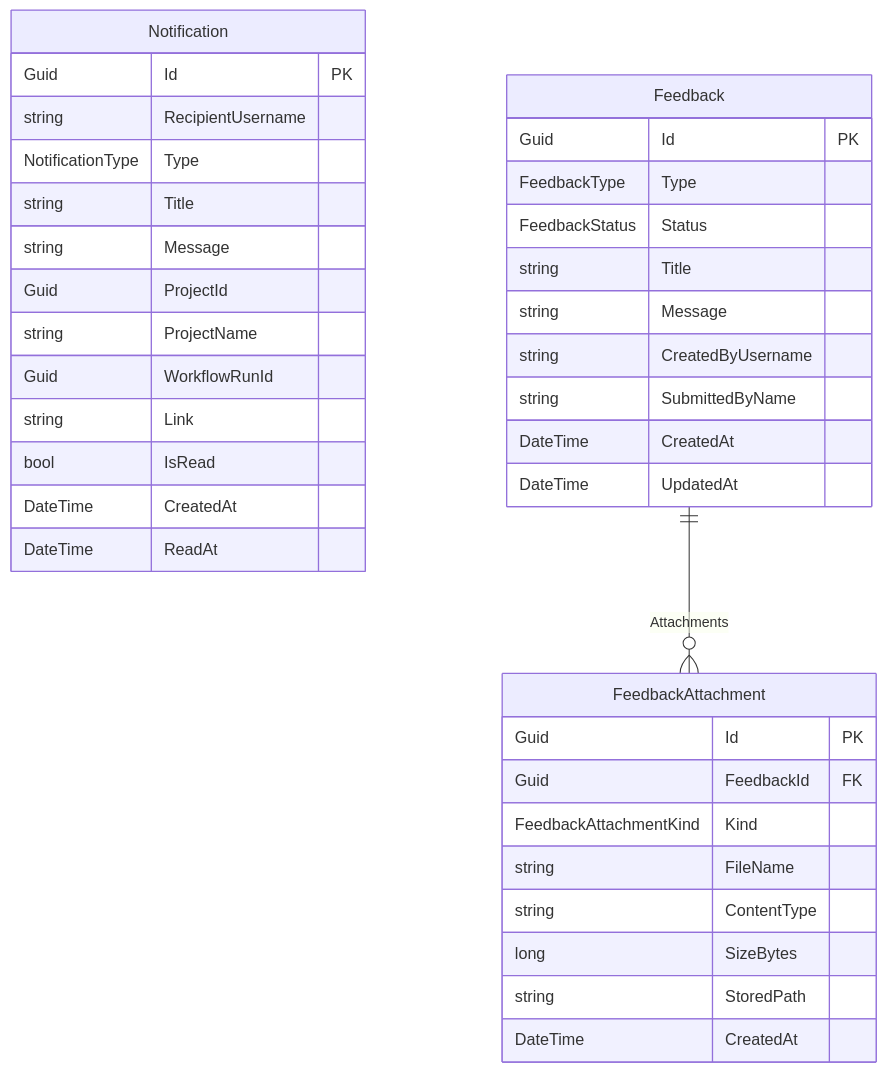
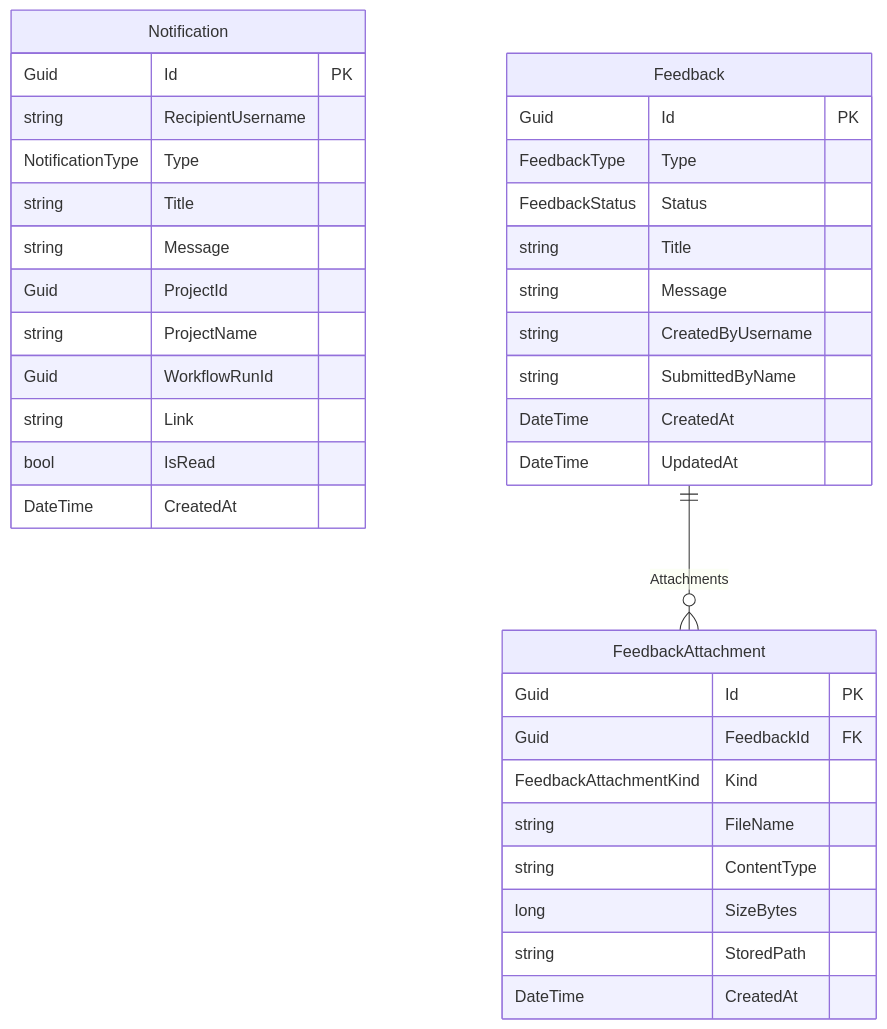
The seventh of 9 diagrams in docs/data-model.md (Songlong0506/ICOGenerator-v4), drawn with Mermaid before and after one commit. The commit also changed other lines of this file and 31 other files, not shown here.

````diff
--- a/docs/data-model.md
+++ b/docs/data-model.md
@@ -407,42 +406,41 @@
 ```mermaid
 erDiagram
     Notification {
         Guid Id PK
         string RecipientUsername
         NotificationType Type
         string Title
         string Message
         Guid ProjectId
         string ProjectName
         Guid WorkflowRunId
         string Link
         bool IsRead
         DateTime CreatedAt
-        DateTime ReadAt
     }
 
     Feedback {
         Guid Id PK
         FeedbackType Type
         FeedbackStatus Status
         string Title
         string Message
         string CreatedByUsername
         string SubmittedByName
         DateTime CreatedAt
         DateTime UpdatedAt
     }
 
     FeedbackAttachment {
         Guid Id PK
         Guid FeedbackId FK
         FeedbackAttachmentKind Kind
         string FileName
         string ContentType
         long SizeBytes
         string StoredPath
         DateTime CreatedAt
     }
 
     Feedback ||--o{ FeedbackAttachment : Attachments
 ```
````
